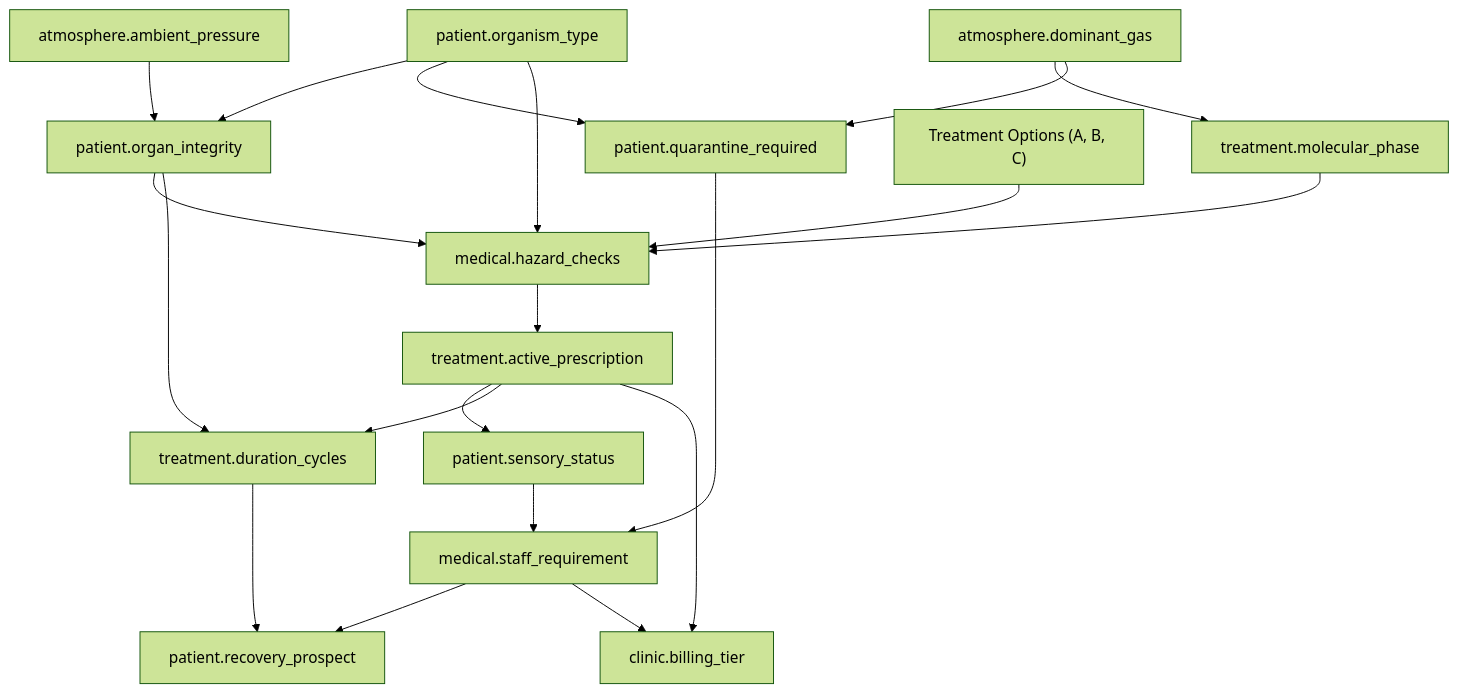
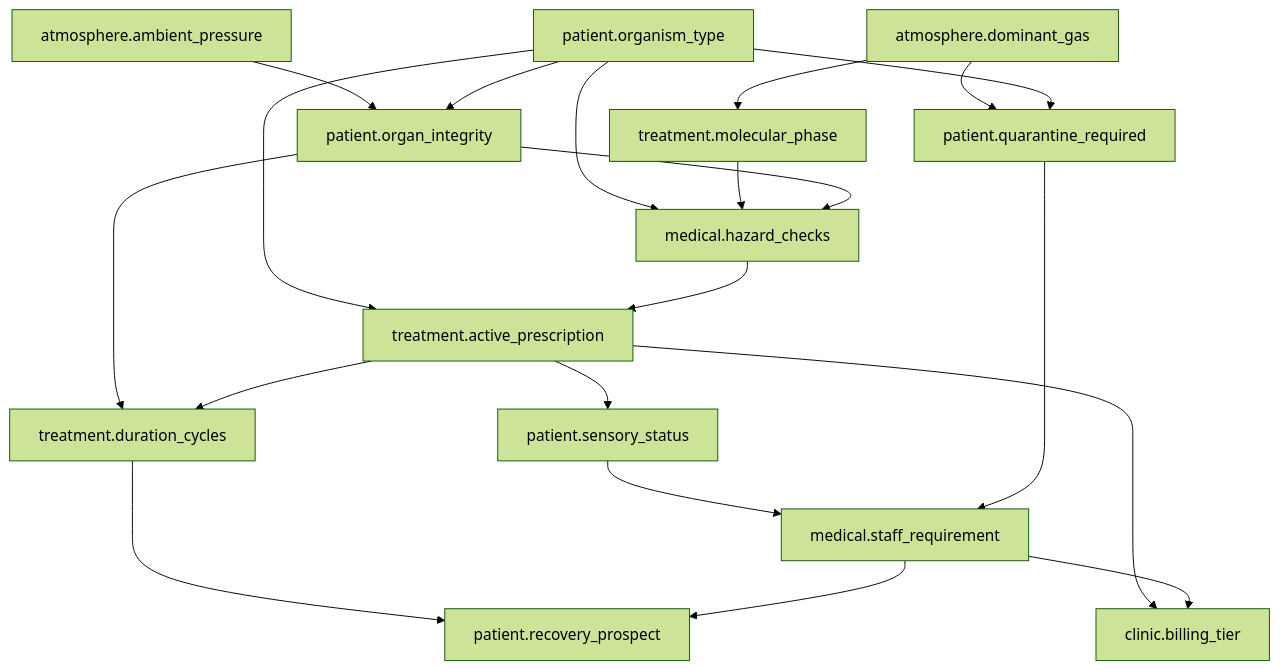
Before and after one commit to sultann-301/Belief-Aware-LLMs: the second of 2 diagrams in domains.md, drawn with Mermaid (forest theme). The commit also changed other lines of this file, not shown here.

````diff
--- a/domains.md
+++ b/domains.md
@@ -300,33 +306,33 @@
 ```mermaid
 graph TD
     %% Atmospheric Drivers
     Atmos_Gas["atmosphere.dominant_gas"] --> Phase["treatment.molecular_phase"]
     Atmos_Gas --> Quar["patient.quarantine_required"]
     Atmos_Press["atmosphere.ambient_pressure"] --> Integrity["patient.organ_integrity"]
 
     %% Biological Inputs
     Species["patient.organism_type"] --> Integrity
     Species --> Quar
     Species --> Hazards["medical.hazard_checks"]
 
     %% Treatment Inputs
-    Options["Treatment Options (A, B, C)"] --> Hazards
     Phase --> Hazards
     Integrity --> Hazards
     Integrity --> Dur["treatment.duration_cycles"]
 
     %% Selection & Cascades
-    Hazards --> Selection["treatment.active_prescription"]
+    Species --> Selection["treatment.active_prescription"]
+    Hazards --> Selection
     Selection --> SideEffect["patient.sensory_status"]
     Selection --> Dur
 
     %% Late Stage derivations
     SideEffect --> Staff["medical.staff_requirement"]
     Quar --> Staff
     
     Dur --> Recov["patient.recovery_prospect"]
     Staff --> Recov
     
     Selection --> Bill["clinic.billing_tier"]
     Staff --> Bill
 ```
````
